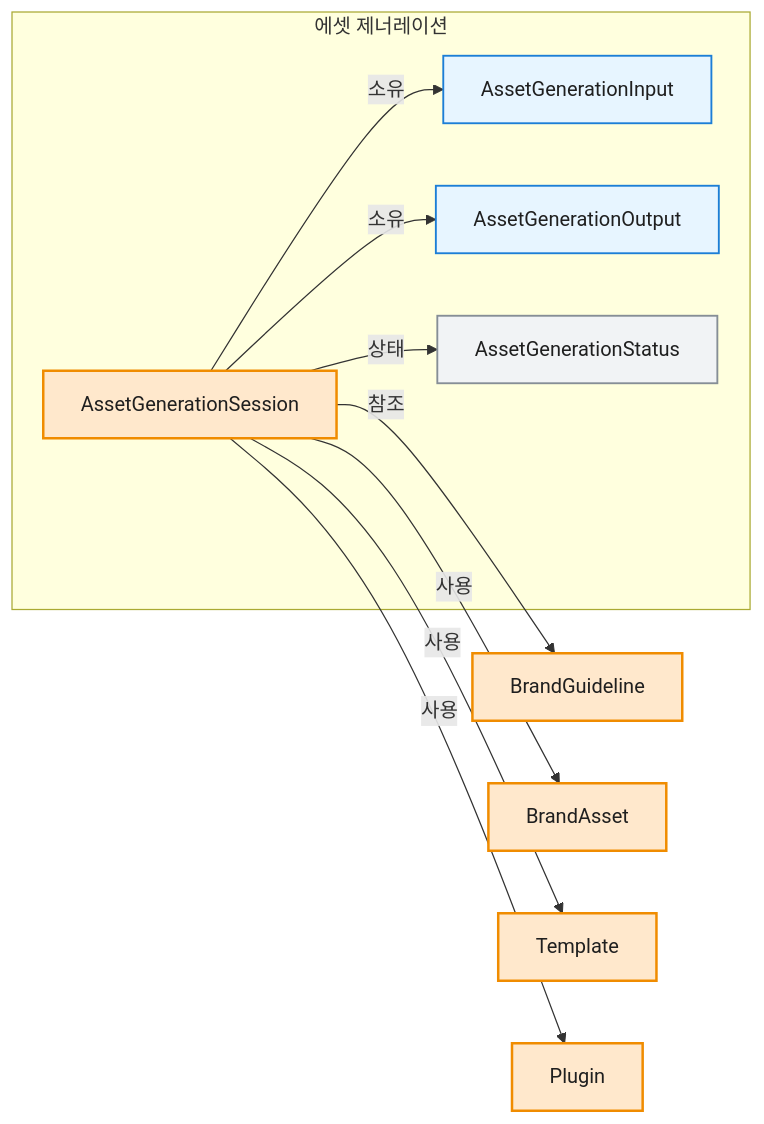
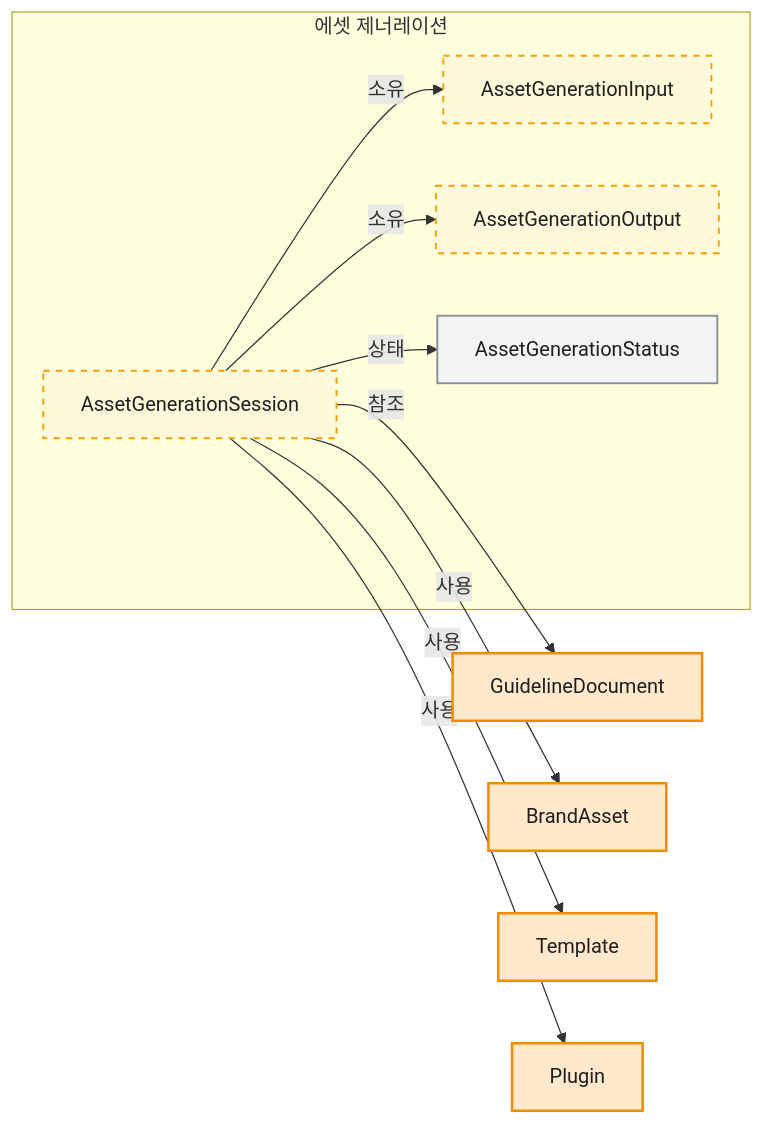
Before and after one commit to ewoooo/living-brand-system: the fourth of 5 diagrams in docs/04-domain-model.md, drawn with Mermaid. The commit also changed other lines of this file and 6 other files, not shown here.

````diff
--- a/docs/04-domain-model.md
+++ b/docs/04-domain-model.md
@@ -355,30 +370,31 @@
 ```mermaid
 flowchart LR
   subgraph AssetGeneration["에셋 제너레이션"]
     AssetGenerationSession["AssetGenerationSession"]
     AssetGenerationInput["AssetGenerationInput"]
     AssetGenerationOutput["AssetGenerationOutput"]
     AssetGenerationStatus["AssetGenerationStatus"]
   end
 
-  BrandGuideline["BrandGuideline"]
+  GuidelineDocument["GuidelineDocument"]
   BrandAsset["BrandAsset"]
   Template["Template"]
   Plugin["Plugin"]
 
-  AssetGenerationSession -->|"참조"| BrandGuideline
+  AssetGenerationSession -->|"참조"| GuidelineDocument
   AssetGenerationSession -->|"사용"| BrandAsset
   AssetGenerationSession -->|"사용"| Template
   AssetGenerationSession -->|"사용"| Plugin
   AssetGenerationSession -->|"소유"| AssetGenerationInput
   AssetGenerationSession -->|"소유"| AssetGenerationOutput
   AssetGenerationSession -->|"상태"| AssetGenerationStatus
 
   classDef aggregate fill:#FFE8CC,stroke:#F08C00,stroke-width:2px,color:#1F1F1F;
   classDef entity fill:#E7F5FF,stroke:#1C7ED6,stroke-width:1.5px,color:#1F1F1F;
   classDef record fill:#F1F3F5,stroke:#868E96,stroke-width:1.5px,color:#1F1F1F;
+  classDef planned fill:#FFF9DB,stroke:#F59F00,stroke-width:1.5px,stroke-dasharray:5 5,color:#1F1F1F;
 
-  class AssetGenerationSession,BrandGuideline,BrandAsset,Template,Plugin aggregate;
-  class AssetGenerationInput,AssetGenerationOutput entity;
+  class GuidelineDocument,BrandAsset,Template,Plugin aggregate;
+  class AssetGenerationSession,AssetGenerationInput,AssetGenerationOutput planned;
   class AssetGenerationStatus record;
 ```
````
